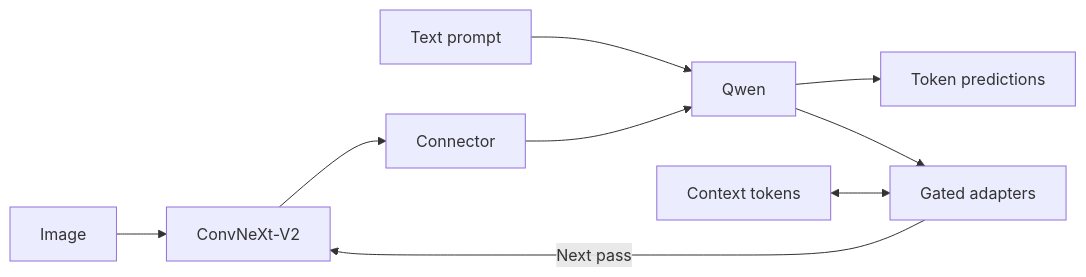
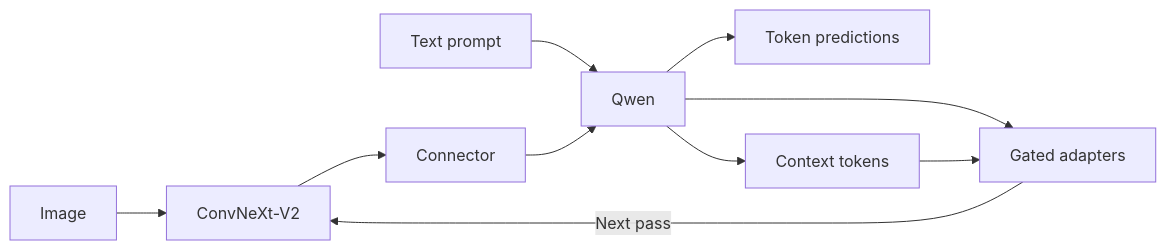
The diagram in README.md (rbybryan/neural-VLM), drawn with Mermaid before and after one commit. The commit also changed other lines of this file and 5 other files, not shown here.

````diff
--- a/README.md
+++ b/README.md
@@ -22,11 +26,12 @@
 ```mermaid
 flowchart LR
     I[Image] --> V[ConvNeXt-V2]
     V --> C[Connector]
     T[Text prompt] --> L[Qwen]
     C --> L
     L --> O[Token predictions]
     L --> A[Gated adapters]
-    M[Context tokens] <--> A
+    L --> M[Context tokens]
+    M --> A
     A -->|Next pass| V
 ```
````
